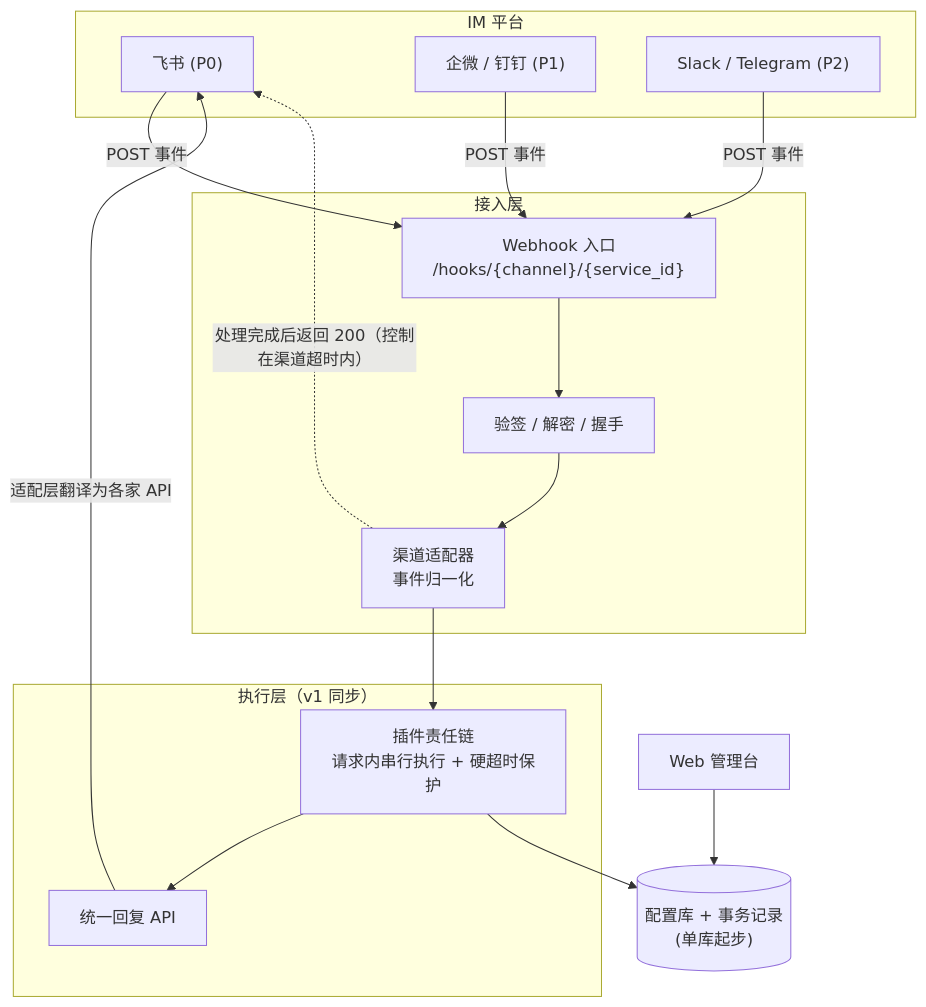
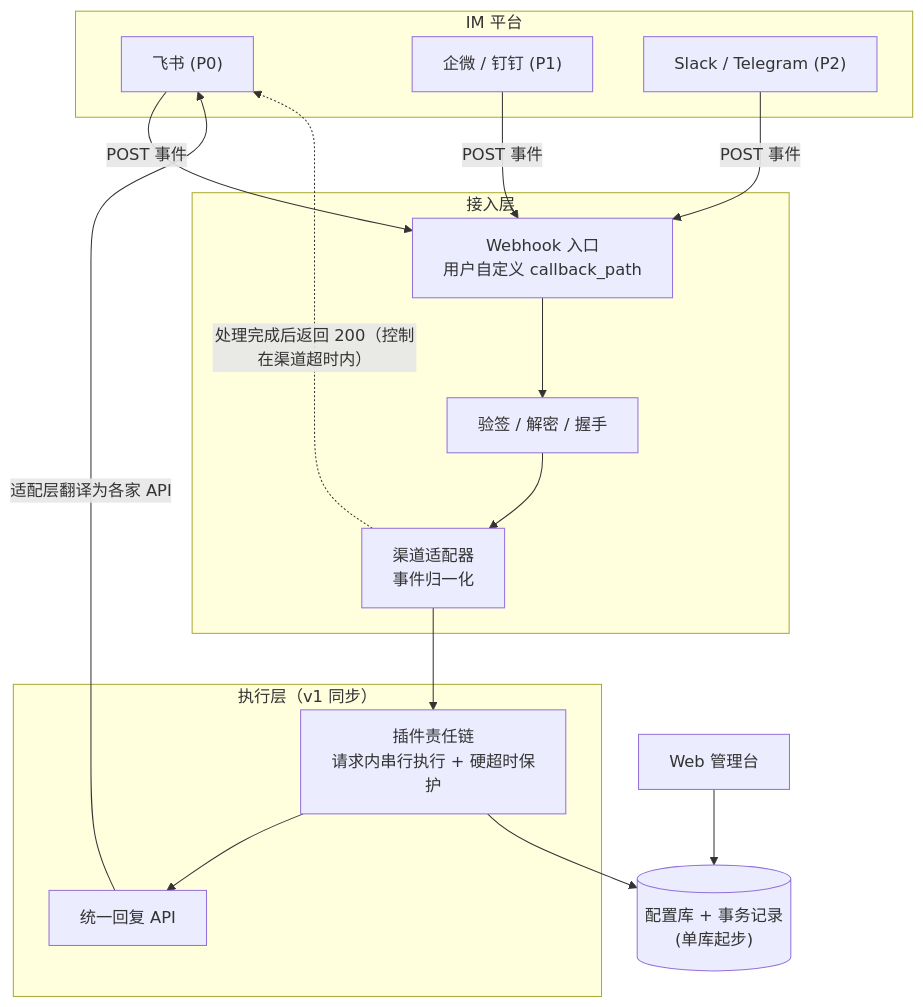
The second of 3 diagrams in docs/00-需求.md (cxh1996/im-bot-router), drawn with Mermaid before and after one commit. The commit also changed other lines of this file and 12 other files, not shown here.

````diff
--- a/docs/00-需求.md
+++ b/docs/00-需求.md
@@ -202,33 +202,33 @@
 ```mermaid
 flowchart TB
     subgraph IM["IM 平台"]
         A1["飞书 (P0)"]
         A2["企微 / 钉钉 (P1)"]
         A3["Slack / Telegram (P2)"]
     end
 
     subgraph GW["接入层"]
-        H["Webhook 入口<br/>/hooks/{channel}/{service_id}"]
+        H["Webhook 入口<br/>用户自定义 callback_path"]
         V["验签 / 解密 / 握手"]
         AD["渠道适配器<br/>事件归一化"]
     end
 
     subgraph EX["执行层（v1 同步）"]
         WK["插件责任链<br/>请求内串行执行 + 硬超时保护"]
         RP["统一回复 API"]
     end
 
     DB[("配置库 + 事务记录<br/>(单库起步)")]
     UI["Web 管理台"]
 
     A1 -->|"POST 事件"| H
     A2 -->|"POST 事件"| H
     A3 -->|"POST 事件"| H
     H --> V --> AD
     AD --> WK
     WK --> RP
     RP -->|"适配层翻译为各家 API"| A1
     WK --> DB
     AD -.->|"处理完成后返回 200（控制在渠道超时内）"| A1
     UI --> DB
 ```
````
